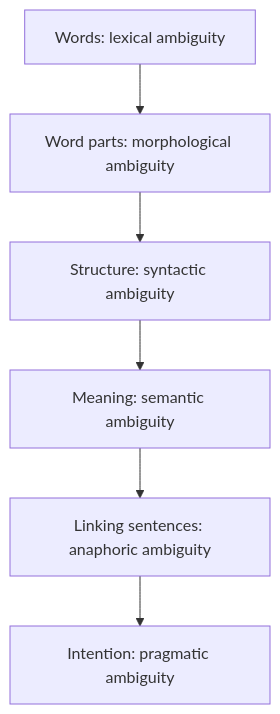
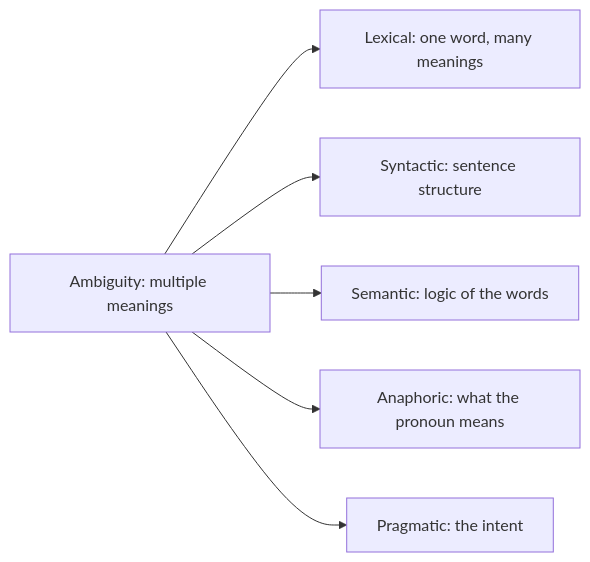
Before and after one commit to TrendySloth1001/sem-seven-notes: the diagram in content/natural-language-processing/pyq/2023-05-ce/q3a.mdx, drawn with Mermaid. The commit also changed other lines of this file and 406 other files, not shown here.

````diff
--- a/content/natural-language-processing/pyq/2023-05-ce/q3a.mdx
+++ b/content/natural-language-processing/pyq/2023-05-ce/q3a.mdx
@@ -7,9 +11,9 @@
 ```mermaid
-%% caption: Each level of analysis has its own kind of ambiguity, and each is settled by a different technique.
-flowchart TD
-  A["Words: lexical ambiguity"] --> B["Word parts: morphological ambiguity"]
-  B --> C["Structure: syntactic ambiguity"]
-  C --> D["Meaning: semantic ambiguity"]
-  D --> E["Linking sentences: anaphoric ambiguity"]
-  E --> F["Intention: pragmatic ambiguity"]
+%% caption: The five types of ambiguity and the NLP stage each belongs to.
+flowchart LR
+  A["Ambiguity: multiple meanings"] --> B["Lexical: one word, many meanings"]
+  A --> C["Syntactic: sentence structure"]
+  A --> D["Semantic: logic of the words"]
+  A --> E["Anaphoric: what the pronoun means"]
+  A --> F["Pragmatic: the intent"]
 ```
````
